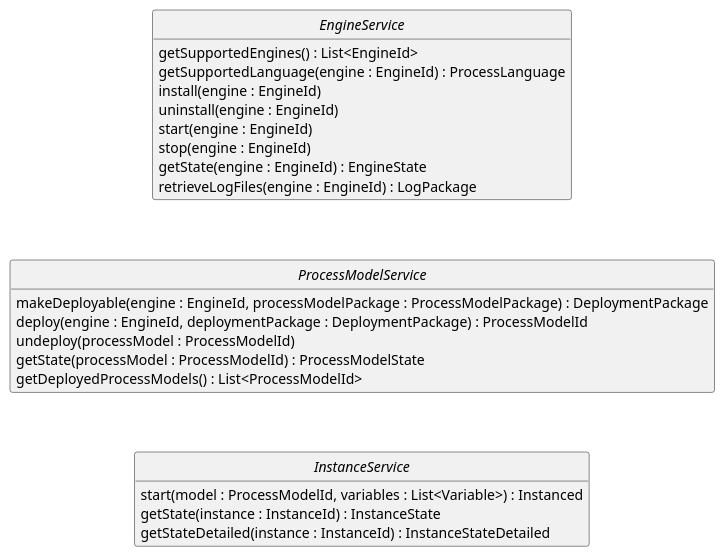
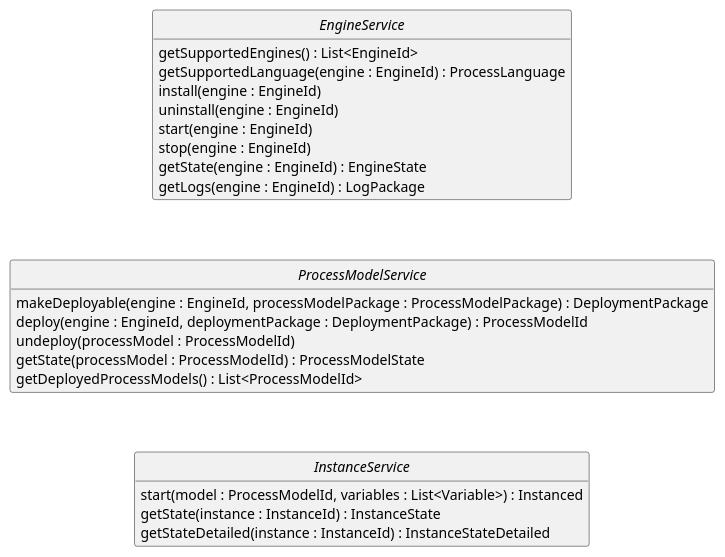
The diagram in peal/doc/services.puml (uniba-dsg/betsy), drawn with PlantUML before and after one commit.

Commit message:
Update diagrams.

```diff
--- a/peal/doc/services.puml
+++ b/peal/doc/services.puml
@@ -1,42 +1,42 @@
 @startuml
 
 
 interface EngineService {
     getSupportedEngines() : List<EngineId>
     getSupportedLanguage(engine : EngineId) : ProcessLanguage
     install(engine : EngineId)
     uninstall(engine : EngineId)
     start(engine : EngineId)
     stop(engine : EngineId)
     getState(engine : EngineId) : EngineState
-    retrieveLogFiles(engine : EngineId) : LogPackage
+    getLogs(engine : EngineId) : LogPackage
 }
 
 interface ProcessModelService {
     makeDeployable(engine : EngineId, processModelPackage : ProcessModelPackage) : DeploymentPackage
     deploy(engine : EngineId, deploymentPackage : DeploymentPackage) : ProcessModelId
     undeploy(processModel : ProcessModelId)
     getState(processModel : ProcessModelId) : ProcessModelState
     getDeployedProcessModels() : List<ProcessModelId>
 }
 
 interface InstanceService {
     start(model : ProcessModelId, variables : List<Variable>) : Instanced
     getState(instance : InstanceId) : InstanceState
     getStateDetailed(instance : InstanceId) : InstanceStateDetailed
 }
 
 EngineService -[hidden]down- ProcessModelService
 ProcessModelService -[hidden]down- InstanceService
 
 
 
 
 hide empty members
 hide empty methods
 hide circle
 
 skinparam monochrome true
 skinparam shadowing false
 skinparam packageStyle rect
 @enduml
```
